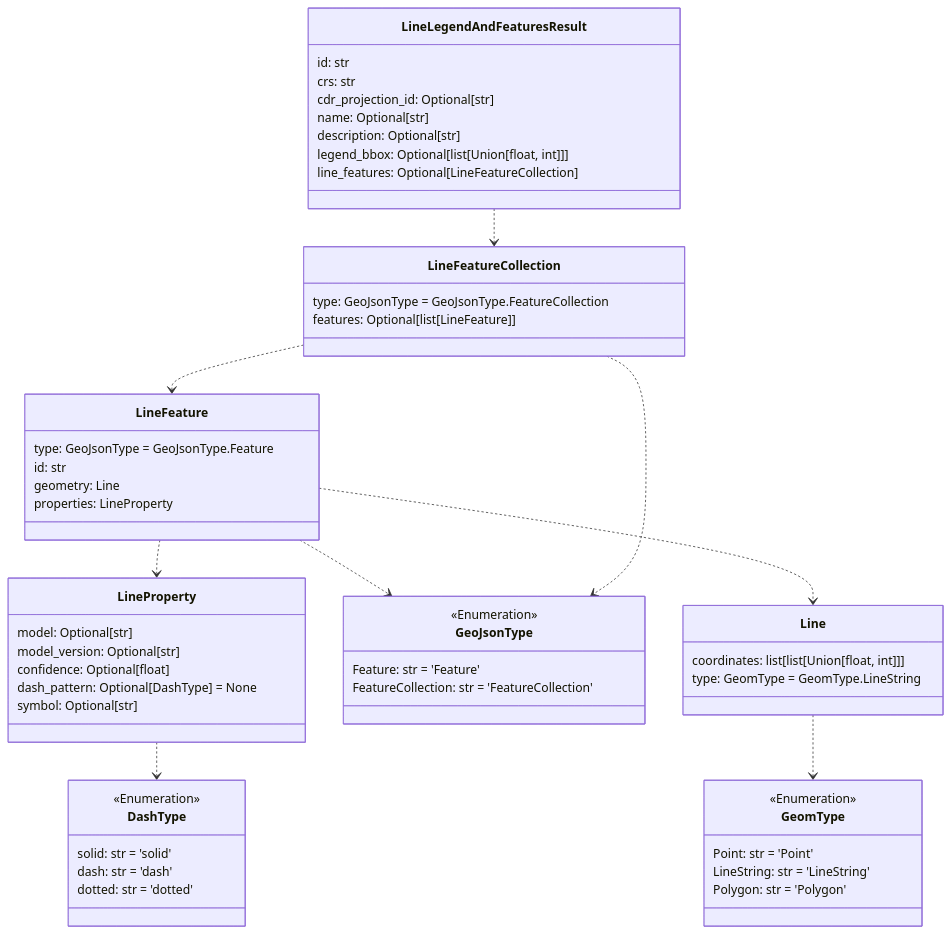
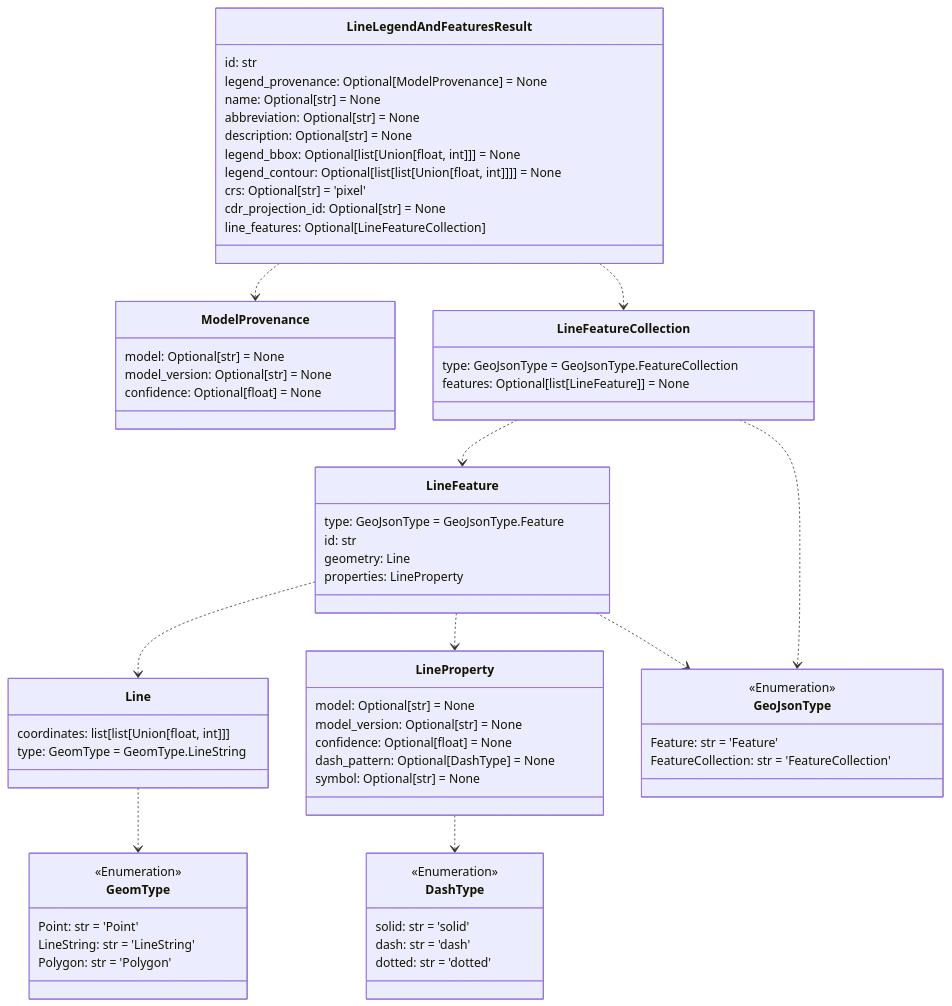
The sixth of 12 diagrams in README.md (DARPA-CRITICALMAAS/cdr_schemas), drawn with Mermaid before and after one commit. The commit also changed other lines of this file and 7 other files, not shown here.

````diff
--- a/README.md
+++ b/README.md
@@ -411,69 +433,79 @@
 ```mermaid
 classDiagram
+
+    class ModelProvenance {
+        model: Optional[str] = None
+        model_version: Optional[str] = None
+        confidence: Optional[float] = None
+    }
 
     class Line {
         coordinates: list[list[Union[float, int]]]
         type: GeomType = GeomType.LineString
+    }
+
+    class LineLegendAndFeaturesResult {
+        id: str
+        legend_provenance: Optional[ModelProvenance] = None
+        name: Optional[str] = None
+        abbreviation: Optional[str] = None
+        description: Optional[str] = None
+        legend_bbox: Optional[list[Union[float, int]]] = None
+        legend_contour: Optional[list[list[Union[float, int]]]] = None
+        crs: Optional[str] = 'pixel'
+        cdr_projection_id: Optional[str] = None
+        line_features: Optional[LineFeatureCollection]
+    }
+
+    class DashType {
+        <<Enumeration>>
+        solid: str = 'solid'
+        dash: str = 'dash'
+        dotted: str = 'dotted'
+    }
+
+    class LineProperty {
+        model: Optional[str] = None
+        model_version: Optional[str] = None
+        confidence: Optional[float] = None
+        dash_pattern: Optional[DashType] = None
+        symbol: Optional[str] = None
+    }
+
+    class LineFeatureCollection {
+        type: GeoJsonType = GeoJsonType.FeatureCollection
+        features: Optional[list[LineFeature]] = None
     }
 
     class GeomType {
         <<Enumeration>>
         Point: str = 'Point'
         LineString: str = 'LineString'
         Polygon: str = 'Polygon'
     }
 
-    class LineLegendAndFeaturesResult {
+    class LineFeature {
+        type: GeoJsonType = GeoJsonType.Feature
         id: str
-        crs: str
-        cdr_projection_id: Optional[str]
-        name: Optional[str]
-        description: Optional[str]
-        legend_bbox: Optional[list[Union[float, int]]]
-        line_features: Optional[LineFeatureCollection]
+        geometry: Line
+        properties: LineProperty
     }
 
     class GeoJsonType {
         <<Enumeration>>
         Feature: str = 'Feature'
         FeatureCollection: str = 'FeatureCollection'
     }
 
-    class DashType {
-        <<Enumeration>>
-        solid: str = 'solid'
-        dash: str = 'dash'
-        dotted: str = 'dotted'
-    }
-
-    class LineFeature {
-        type: GeoJsonType = GeoJsonType.Feature
-        id: str
-        geometry: Line
-        properties: LineProperty
-    }
-
-    class LineFeatureCollection {
-        type: GeoJsonType = GeoJsonType.FeatureCollection
-        features: Optional[list[LineFeature]]
-    }
-
-    class LineProperty {
-        model: Optional[str]
-        model_version: Optional[str]
-        confidence: Optional[float]
-        dash_pattern: Optional[DashType] = None
-        symbol: Optional[str]
-    }
-
     Line ..> GeomType
     LineProperty ..> DashType
+    LineFeature ..> Line
     LineFeature ..> LineProperty
     LineFeature ..> GeoJsonType
-    LineFeature ..> Line
+    LineFeatureCollection ..> LineFeature
     LineFeatureCollection ..> GeoJsonType
-    LineFeatureCollection ..> LineFeature
+    LineLegendAndFeaturesResult ..> ModelProvenance
     LineLegendAndFeaturesResult ..> LineFeatureCollection
 
 
 ```
````
